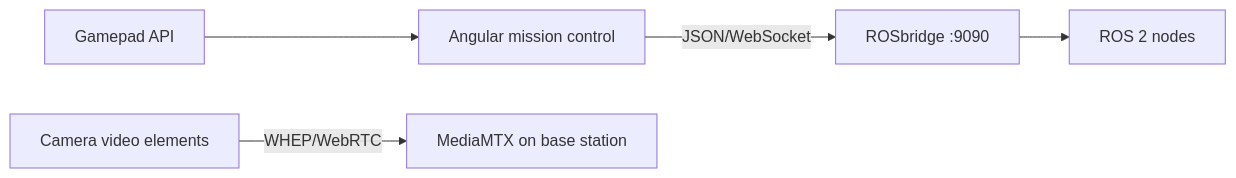
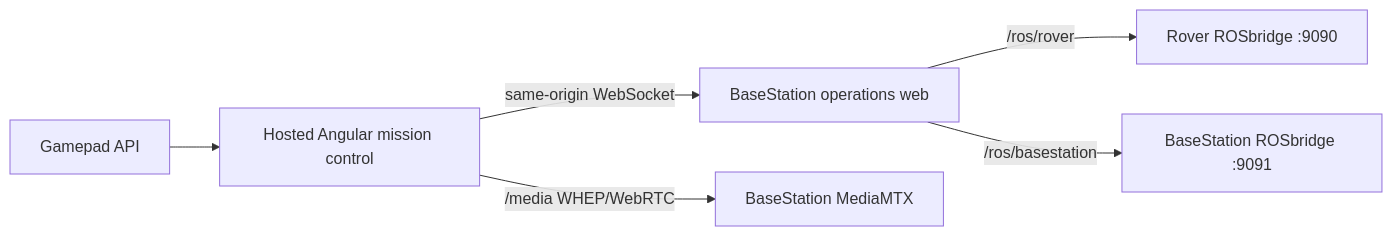
Before and after one commit to deakin-robotics/Chasmata-2027: the diagram in gui/README.md, drawn with Mermaid. The commit also changed other lines of this file and 41 other files, not shown here.

Commit message:
Host operations GUI on BaseStation

````diff
--- a/gui/README.md
+++ b/gui/README.md
@@ -62,7 +62,8 @@
 ```mermaid
 flowchart LR
     gamepad[Gamepad API] --> gui[Angular mission control]
-    gui -->|JSON/WebSocket| rosbridge[ROSbridge :9090]
-    rosbridge --> ros[ROS 2 nodes]
-    camera[Camera video elements] -->|WHEP/WebRTC| streams[MediaMTX on base station]
+    gui[Hosted Angular mission control] -->|same-origin WebSocket| proxy[BaseStation operations web]
+    proxy -->|/ros/rover| rover[ Rover ROSbridge :9090]
+    proxy -->|/ros/basestation| base[BaseStation ROSbridge :9091]
+    gui -->|/media WHEP/WebRTC| streams[BaseStation MediaMTX]
 ```
````
